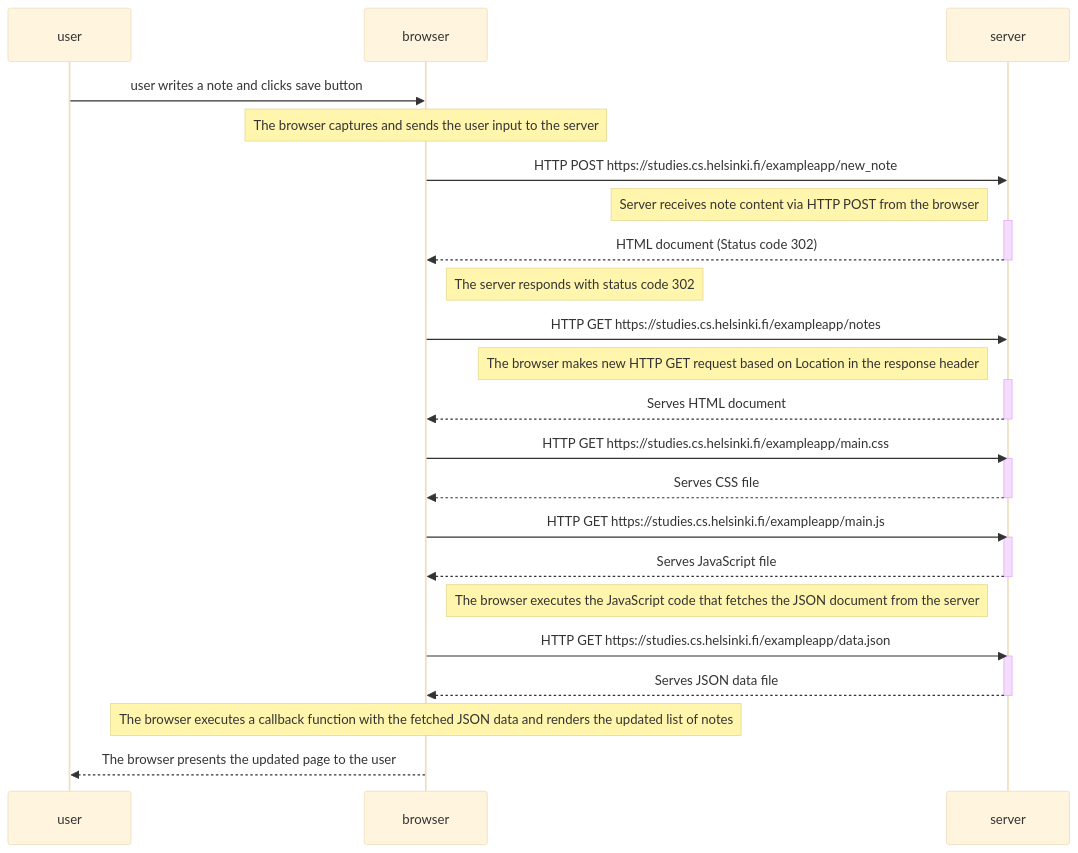
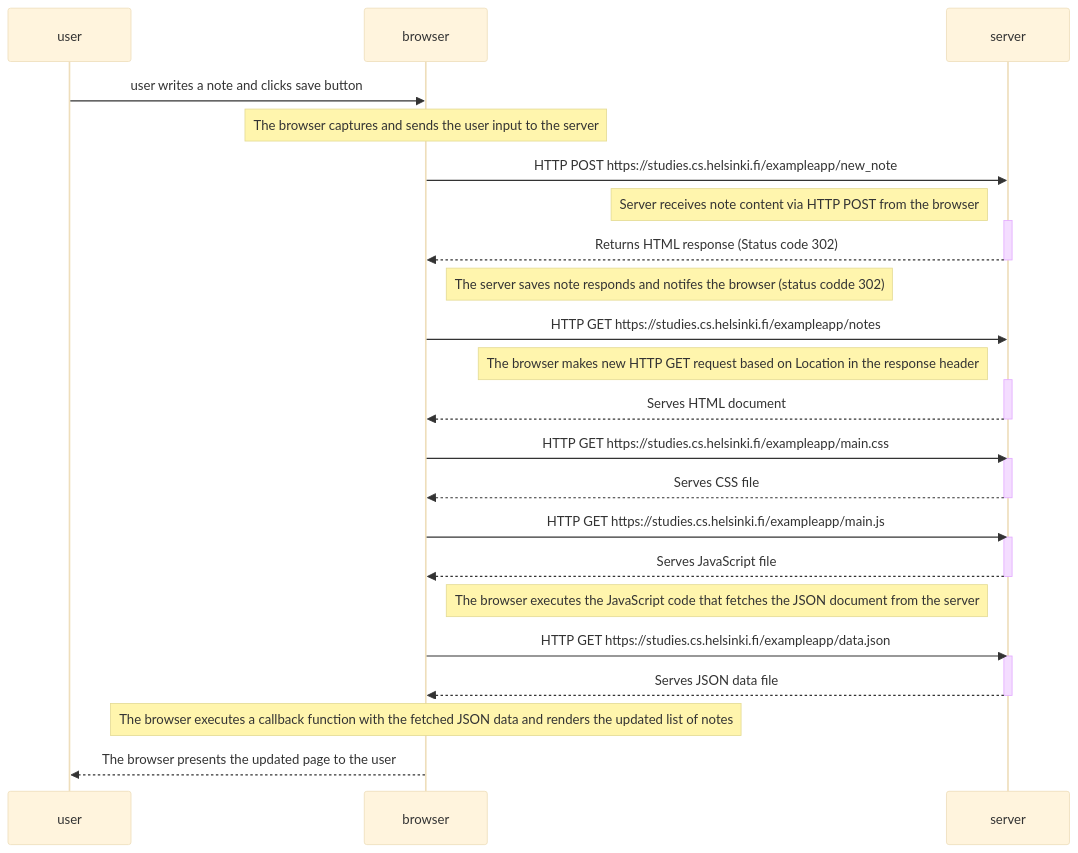
The diagram in new-note-diagram/new-note-diagram.md (serfoll/fso_part0), drawn with Mermaid (base theme) before and after one commit.

Commit message:
rephrasing of server message

````diff
--- a/new-note-diagram/new-note-diagram.md
+++ b/new-note-diagram/new-note-diagram.md
@@ -1,52 +1,52 @@
 ```mermaid
 sequenceDiagram
 participant user
 participant browser
 participant server
 
   user->>browser: user writes a note and clicks save button
 
   Note over browser: The browser captures and sends the user input to the server
 
   browser->>server: HTTP POST https://studies.cs.helsinki.fi/exampleapp/new_note
 
   Note left of server: Server receives note content via HTTP POST from the browser
 
   activate server
-  server-->>browser: HTML document (Status code 302)
+  server-->>browser: Returns HTML response (Status code 302)
   deactivate server
 
-  Note right of browser: The server responds with status code 302
+  Note right of browser: The server saves note responds and notifes the browser (status codde 302)
 
   browser->>server: HTTP GET https://studies.cs.helsinki.fi/exampleapp/notes
 
   Note left of server: The browser makes new HTTP GET request based on Location in the response header
 
   activate server
   server-->>browser: Serves HTML document
   deactivate server
 
   browser->>server: HTTP GET https://studies.cs.helsinki.fi/exampleapp/main.css
 
   activate server
   server-->>browser: Serves CSS file
   deactivate server
 
   browser->>server: HTTP GET https://studies.cs.helsinki.fi/exampleapp/main.js
 
   activate server
   server-->>browser: Serves JavaScript file
   deactivate server
 
   Note right of browser: The browser executes the JavaScript code that fetches the JSON document from the server
 
   browser->>server: HTTP GET https://studies.cs.helsinki.fi/exampleapp/data.json
 
   activate server
   server-->>browser: Serves JSON data file
   deactivate server
 
   Note over browser: The browser executes a callback function with the fetched JSON data and renders the updated list of notes
 
   browser-->>user: The browser presents the updated page to the user
 ```
````
